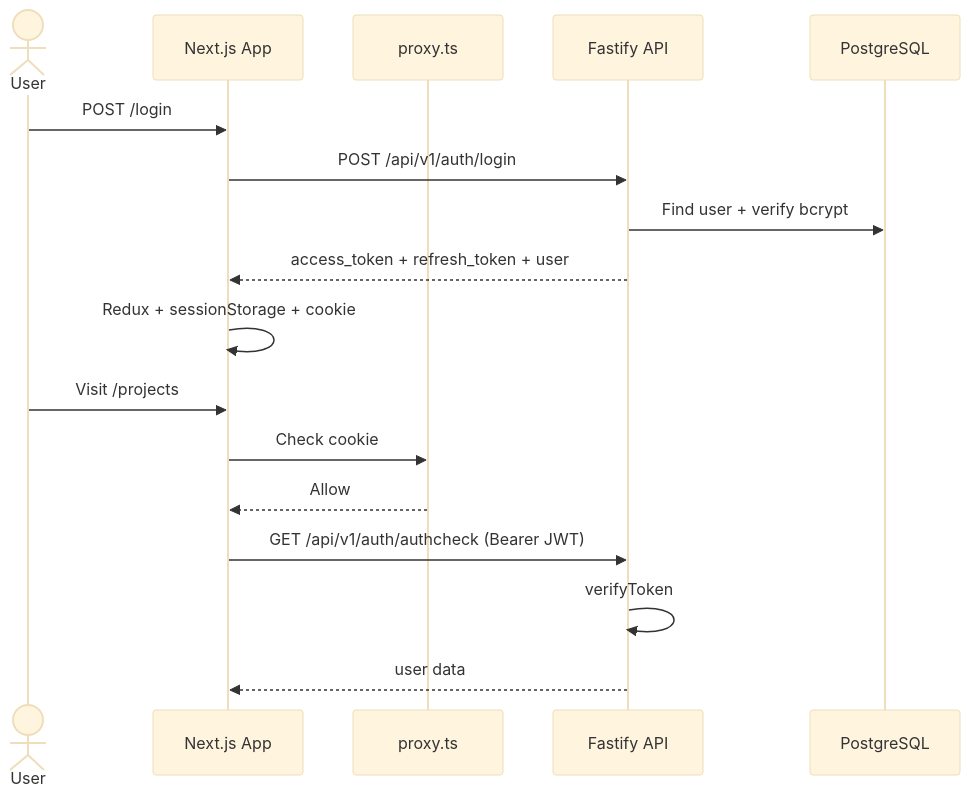
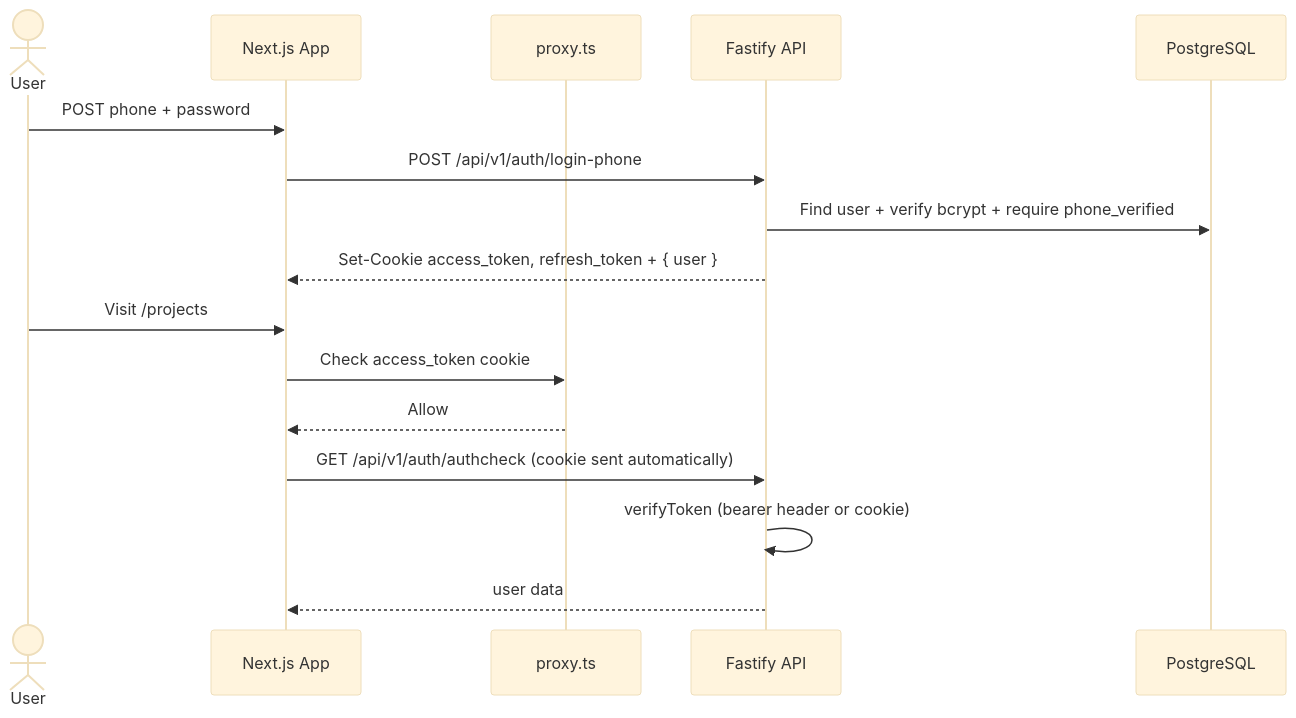
One commit to mansourhaa/matchyplus-site-test-front-end changed the first of 2 diagrams in doc/features/authentication.md. Above: the diagram before and after it, drawn with Mermaid (base theme). The commit also changed other lines of this file and 74 other files, not shown here.

````diff
--- a/doc/features/authentication.md
+++ b/doc/features/authentication.md
@@ -11,20 +17,19 @@
 ```mermaid
 sequenceDiagram
     actor User
     participant App as Next.js App
     participant Proxy as proxy.ts
     participant API as Fastify API
     participant DB as PostgreSQL
 
-    User->>App: POST /login
-    App->>API: POST /api/v1/auth/login
-    API->>DB: Find user + verify bcrypt
-    API-->>App: access_token + refresh_token + user
-    App->>App: Redux + sessionStorage + cookie
+    User->>App: POST phone + password
+    App->>API: POST /api/v1/auth/login-phone
+    API->>DB: Find user + verify bcrypt + require phone_verified
+    API-->>App: Set-Cookie access_token, refresh_token + { user }
     User->>App: Visit /projects
-    App->>Proxy: Check cookie
+    App->>Proxy: Check access_token cookie
     Proxy-->>App: Allow
-    App->>API: GET /api/v1/auth/authcheck (Bearer JWT)
-    API->>API: verifyToken
+    App->>API: GET /api/v1/auth/authcheck (cookie sent automatically)
+    API->>API: verifyToken (bearer header or cookie)
     API-->>App: user data
 ```
````
